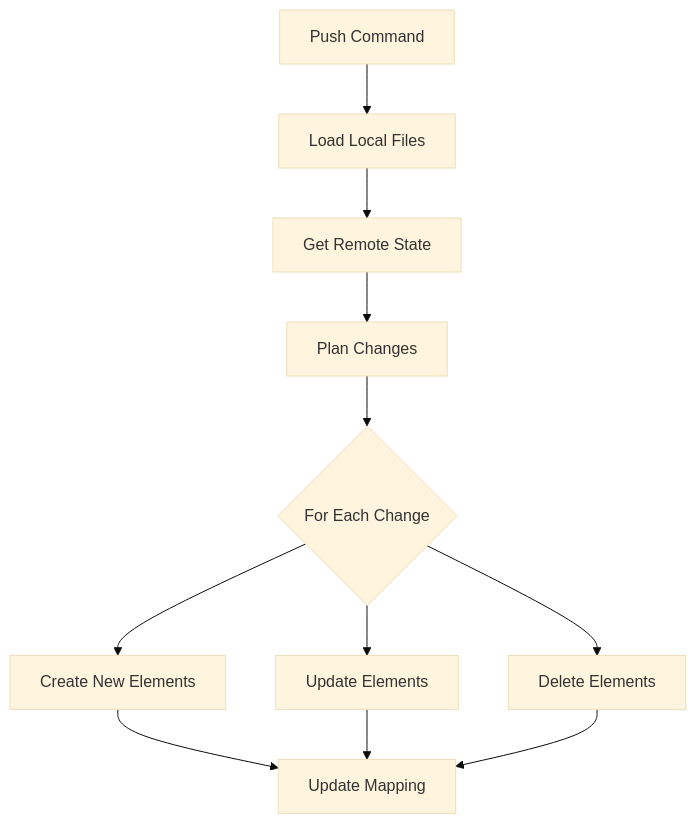
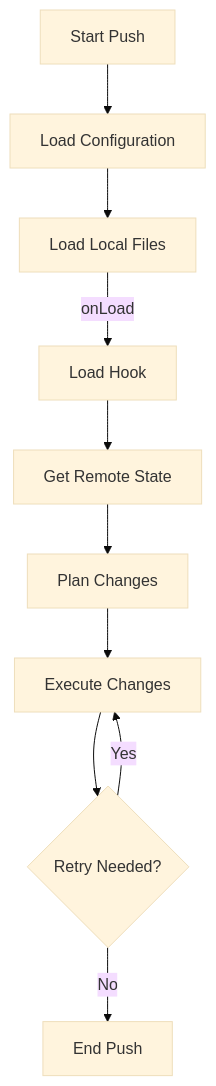
Before and after one commit to tractr/directus-sync: the third of 3 diagrams in website/docs/core-concepts/synchronization-process.md, drawn with Mermaid (base theme). The commit also changed other lines of this file and 8 other files, not shown here.

````diff
--- a/website/docs/core-concepts/synchronization-process.md
+++ b/website/docs/core-concepts/synchronization-process.md
@@ -86,13 +51,12 @@
 ```mermaid
 flowchart TB
-    A[Push Command] --> B[Load Local Files]
-    B --> C[Get Remote State]
-    C --> D[Plan Changes]
-    D --> E{For Each Change}
-    E --> F[Create New Elements]
-    E --> G[Update Elements]
-    E --> H[Delete Elements]
-    F --> I[Update Mapping]
-    G --> I
-    H --> I
+    Start[Start Push] --> Config[Load Configuration]
+    Config --> Local[Load Local Files]
+    Local --> |onLoad| LoadHook[Load Hook]
+    LoadHook --> Remote[Get Remote State]
+    Remote --> Plan[Plan Changes]
+    Plan --> Execute[Execute Changes]
+    Execute --> Retry{Retry Needed?}
+    Retry --> |Yes| Execute
+    Retry --> |No| End[End Push]
 ```
````
